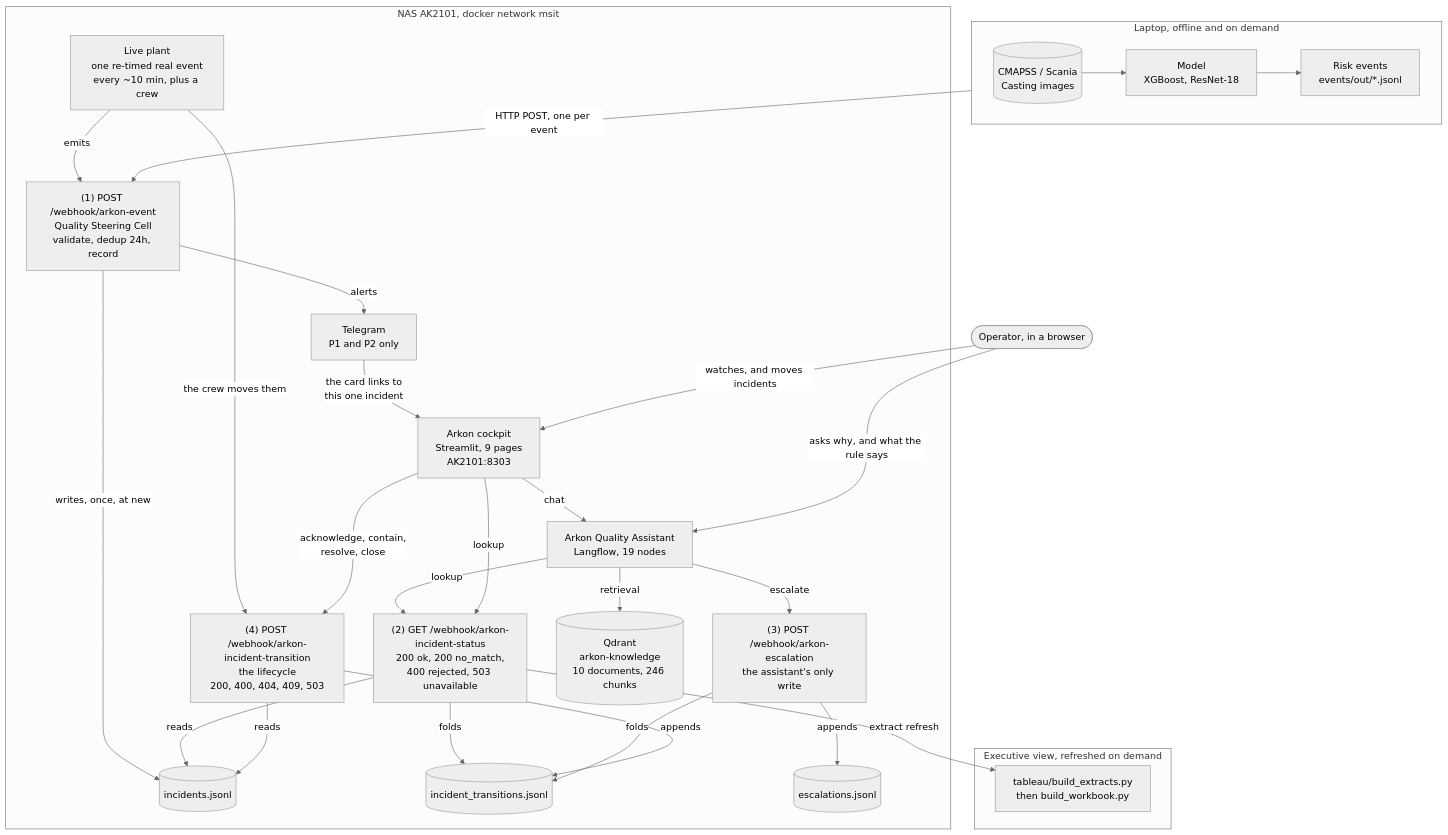
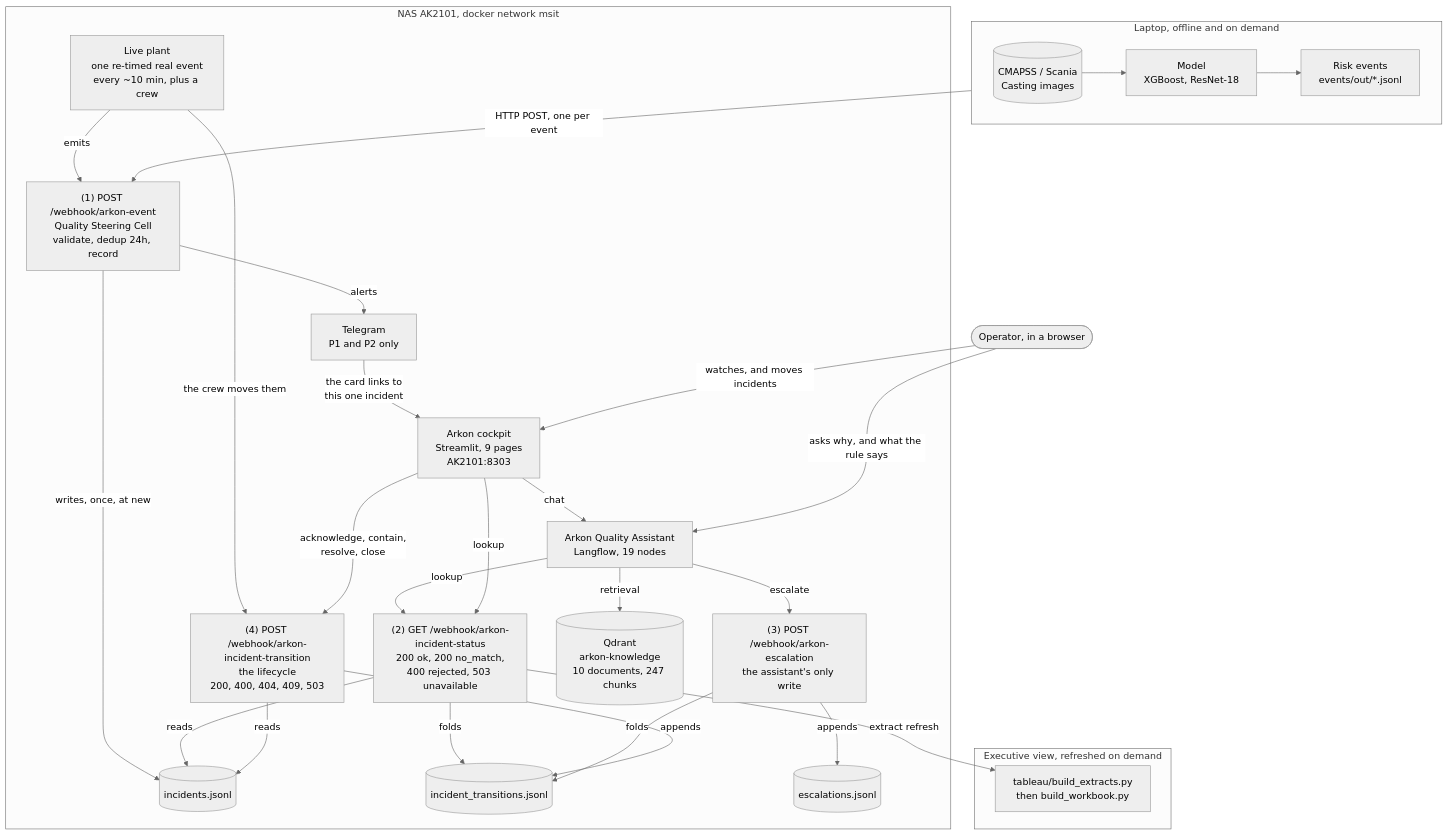
Before and after one commit to sergey-kasatov/arkon-manufacturing-ai: the first of 2 diagrams in README.md, drawn with Mermaid (neutral theme). The commit also changed other lines of this file and 11 other files, not shown here.

````diff
--- a/README.md
+++ b/README.md
@@ -117,51 +117,51 @@
 ```mermaid
 flowchart TB
   subgraph LAPTOP["Laptop, offline and on demand"]
     direction LR
     DATA[("CMAPSS / Scania<br/>Casting images")] --> MODEL["Model<br/>XGBoost, ResNet-18"] --> EV["Risk events<br/>events/out/*.jsonl"]
   end
 
   OP(["Operator, in a browser"])
 
   subgraph NAS["NAS AK2101, docker network msit"]
     W1["(1) POST /webhook/arkon-event<br/>Quality Steering Cell<br/>validate, dedup 24h, record"]
     ASSIST["Arkon Quality Assistant<br/>Langflow, 19 nodes"]
     COCK["Arkon cockpit<br/>Streamlit, 9 pages<br/>AK2101:8303"]
     W2["(2) GET /webhook/arkon-incident-status<br/>200 ok, 200 no_match,<br/>400 rejected, 503 unavailable"]
     W3["(3) POST /webhook/arkon-escalation<br/>the assistant's only write"]
     W4["(4) POST /webhook/arkon-incident-transition<br/>the lifecycle<br/>200, 400, 404, 409, 503"]
     LP["Live plant<br/>one re-timed real event<br/>every ~10 min, plus a crew"]
-    QD[("Qdrant<br/>arkon-knowledge<br/>10 documents, 246 chunks")]
+    QD[("Qdrant<br/>arkon-knowledge<br/>10 documents, 247 chunks")]
     INC[("incidents.jsonl")]
     TRN[("incident_transitions.jsonl")]
     ESC[("escalations.jsonl")]
     TG["Telegram<br/>P1 and P2 only"]
 
     W1 -- alerts --> TG
     W1 -- "writes, once, at new" --> INC
     LP -- "emits" --> W1
     LP -- "the crew moves them" --> W4
     ASSIST -- retrieval --> QD
     ASSIST -- lookup --> W2
     ASSIST -- escalate --> W3
     W2 -- reads --> INC
     W2 -- "folds" --> TRN
     COCK -- lookup --> W2
     COCK -- "acknowledge, contain,<br/>resolve, close" --> W4
     COCK -- chat --> ASSIST
     W3 -- appends --> ESC
     W3 -- "folds" --> TRN
     W4 -- appends --> TRN
     W4 -- reads --> INC
   end
 
   subgraph EXEC["Executive view, refreshed on demand"]
     TAB["tableau/build_extracts.py<br/>then build_workbook.py"]
   end
 
   EV -- "HTTP POST, one per event" --> W1
   TG -- "the card links to<br/>this one incident" --> COCK
   OP -- "asks why, and what the rule says" --> ASSIST
   OP -- "watches, and moves incidents" --> COCK
   W2 -- "extract refresh" --> TAB
 ```
````
